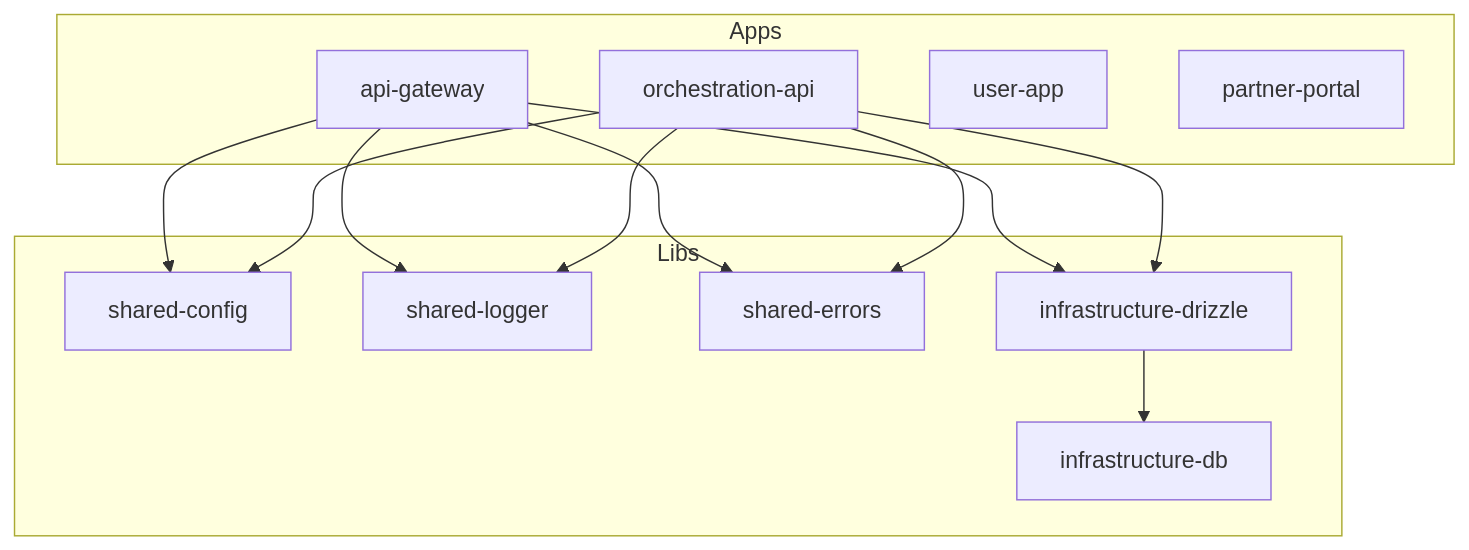
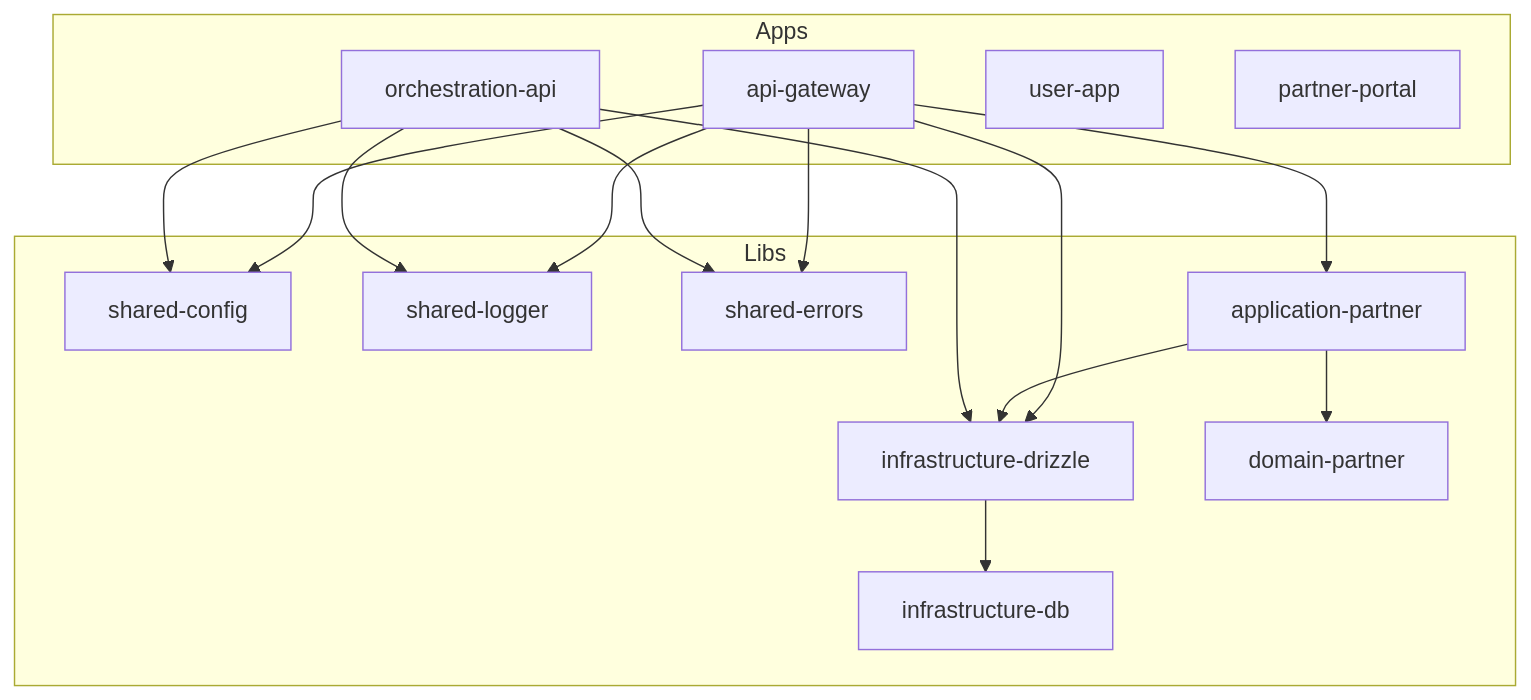
Before and after one commit to Yuri-Lima/Ultima-Forma-MVP: the diagram in docs/architecture.md, drawn with Mermaid. The commit also changed 51 other files, not shown here.

````diff
--- a/docs/architecture.md
+++ b/docs/architecture.md
@@ -5,27 +5,32 @@
 ```mermaid
 flowchart TB
     subgraph apps [Apps]
         apiGW[api-gateway]
         orch[orchestration-api]
         userApp[user-app]
         partner[partner-portal]
     end
 
     subgraph libs [Libs]
         config[shared-config]
         logger[shared-logger]
         errors[shared-errors]
         db[infrastructure-db]
         drizzle[infrastructure-drizzle]
+        domainPartner[domain-partner]
+        appPartner[application-partner]
     end
 
     apiGW --> config
     apiGW --> logger
     apiGW --> errors
     apiGW --> drizzle
+    apiGW --> appPartner
+    appPartner --> domainPartner
+    appPartner --> drizzle
     orch --> config
     orch --> logger
     orch --> errors
     orch --> drizzle
     drizzle --> db
 ```
````
